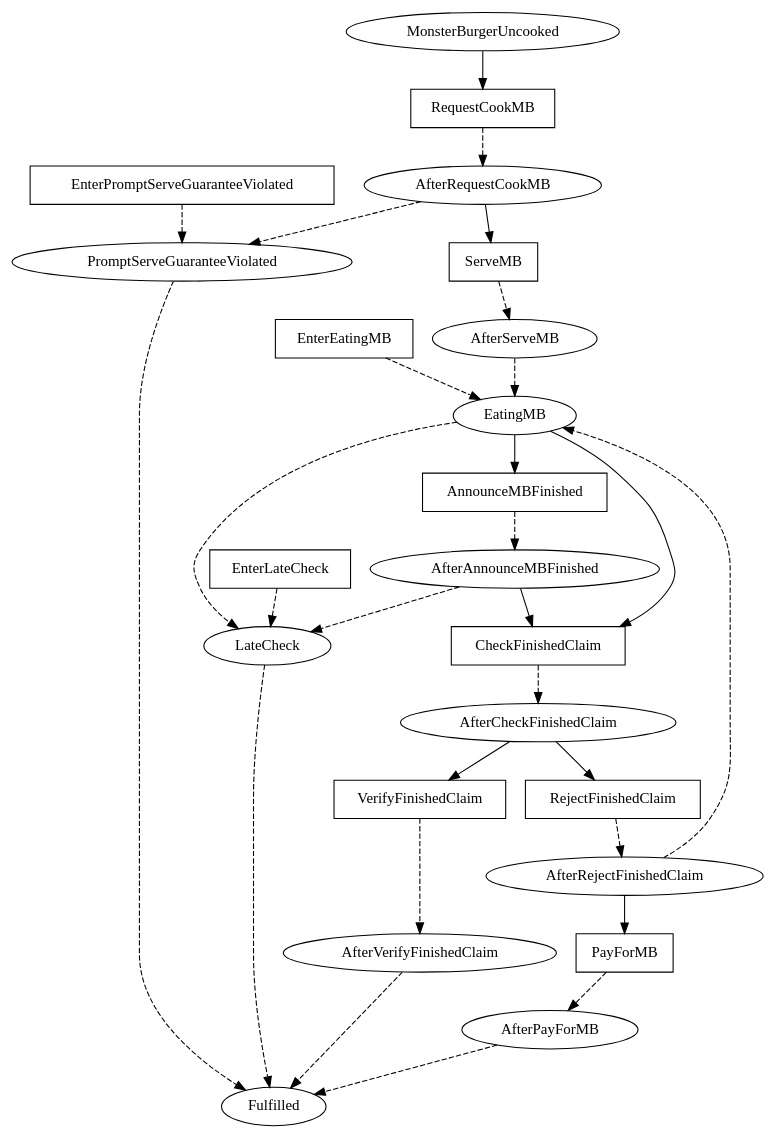
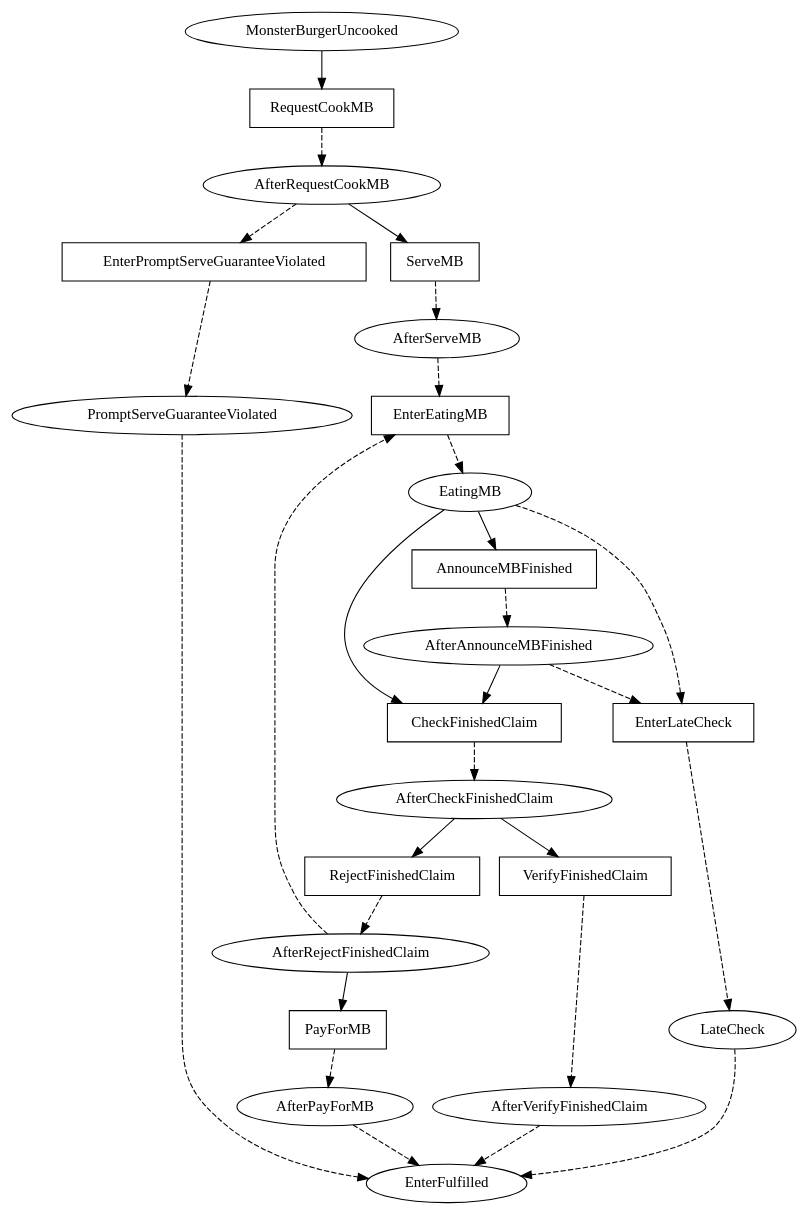
The diagram in linear_state_machine_language/pyL4/examples_graphviz_gen/monster_burger.dot (Marcao02/complaw-deeptech), drawn with Graphviz before and after one commit. The commit also changed 11 other files, not shown here.

```diff
--- a/linear_state_machine_language/pyL4/examples_graphviz_gen/monster_burger.dot
+++ b/linear_state_machine_language/pyL4/examples_graphviz_gen/monster_burger.dot
@@ -1,55 +1,55 @@
 // THIS IS A GENERATED FILE. DO NOT EDIT.
 
 digraph Monster_Burger {    
     MonsterBurgerUncooked[label=MonsterBurgerUncooked];
 	AfterRequestCookMB[label=AfterRequestCookMB];
 	AfterServeMB[label=AfterServeMB];
 	PromptServeGuaranteeViolated[label=PromptServeGuaranteeViolated];
 	EatingMB[label=EatingMB];
 	AfterAnnounceMBFinished[label=AfterAnnounceMBFinished];
 	LateCheck[label=LateCheck];
 	AfterCheckFinishedClaim[label=AfterCheckFinishedClaim];
 	AfterRejectFinishedClaim[label=AfterRejectFinishedClaim];
 	AfterPayForMB[label=AfterPayForMB];
 	AfterVerifyFinishedClaim[label=AfterVerifyFinishedClaim]
     
     RequestCookMB[label=RequestCookMB,shape=box];
 	ServeMB[label=ServeMB,shape=box];
 	EnterPromptServeGuaranteeViolated[label=EnterPromptServeGuaranteeViolated,shape=box];
 	EnterEatingMB[label=EnterEatingMB,shape=box];
 	AnnounceMBFinished[label=AnnounceMBFinished,shape=box];
 	EnterLateCheck[label=EnterLateCheck,shape=box];
 	CheckFinishedClaim[label=CheckFinishedClaim,shape=box];
 	RejectFinishedClaim[label=RejectFinishedClaim,shape=box];
 	PayForMB[label=PayForMB,shape=box];
 	VerifyFinishedClaim[label=VerifyFinishedClaim,shape=box]
  
     MonsterBurgerUncooked -> RequestCookMB;
 	AfterRequestCookMB -> ServeMB;
-	AfterRequestCookMB -> PromptServeGuaranteeViolated [style=dashed];
-	AfterServeMB -> EatingMB [style=dashed];
-	PromptServeGuaranteeViolated -> Fulfilled [style=dashed];
+	AfterRequestCookMB -> EnterPromptServeGuaranteeViolated [style=dashed];
+	AfterServeMB -> EnterEatingMB [style=dashed];
+	PromptServeGuaranteeViolated -> EnterFulfilled [style=dashed];
 	EatingMB -> AnnounceMBFinished;
 	EatingMB -> CheckFinishedClaim;
-	EatingMB -> LateCheck [style=dashed];
+	EatingMB -> EnterLateCheck [style=dashed];
 	AfterAnnounceMBFinished -> CheckFinishedClaim;
-	AfterAnnounceMBFinished -> LateCheck [style=dashed];
-	LateCheck -> Fulfilled [style=dashed];
+	AfterAnnounceMBFinished -> EnterLateCheck [style=dashed];
+	LateCheck -> EnterFulfilled [style=dashed];
 	AfterCheckFinishedClaim -> VerifyFinishedClaim;
 	AfterCheckFinishedClaim -> RejectFinishedClaim;
-	AfterRejectFinishedClaim -> EatingMB [style=dashed];
+	AfterRejectFinishedClaim -> EnterEatingMB [style=dashed];
 	AfterRejectFinishedClaim -> PayForMB;
-	AfterPayForMB -> Fulfilled [style=dashed];
-	AfterVerifyFinishedClaim -> Fulfilled [style=dashed]
+	AfterPayForMB -> EnterFulfilled [style=dashed];
+	AfterVerifyFinishedClaim -> EnterFulfilled [style=dashed]
     
     RequestCookMB -> AfterRequestCookMB [style=dashed];
 	ServeMB -> AfterServeMB [style=dashed];
 	EnterPromptServeGuaranteeViolated -> PromptServeGuaranteeViolated [style=dashed];
 	EnterEatingMB -> EatingMB [style=dashed];
 	AnnounceMBFinished -> AfterAnnounceMBFinished [style=dashed];
 	EnterLateCheck -> LateCheck [style=dashed];
 	CheckFinishedClaim -> AfterCheckFinishedClaim [style=dashed];
 	RejectFinishedClaim -> AfterRejectFinishedClaim [style=dashed];
 	PayForMB -> AfterPayForMB [style=dashed];
 	VerifyFinishedClaim -> AfterVerifyFinishedClaim [style=dashed]
 }
```
